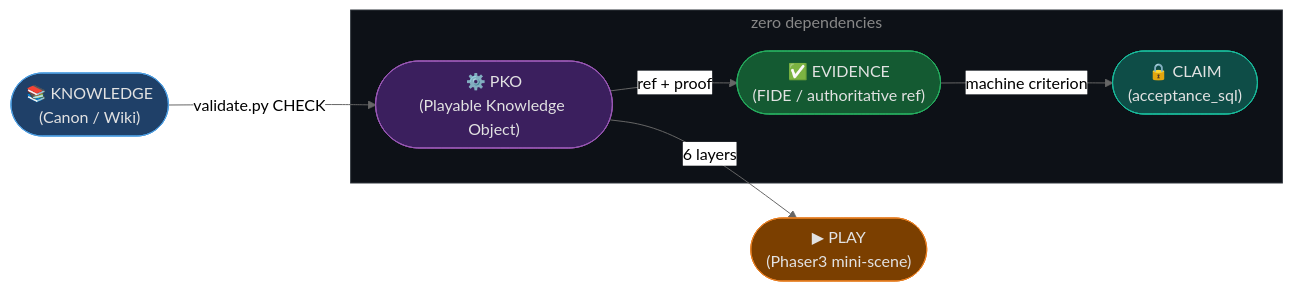
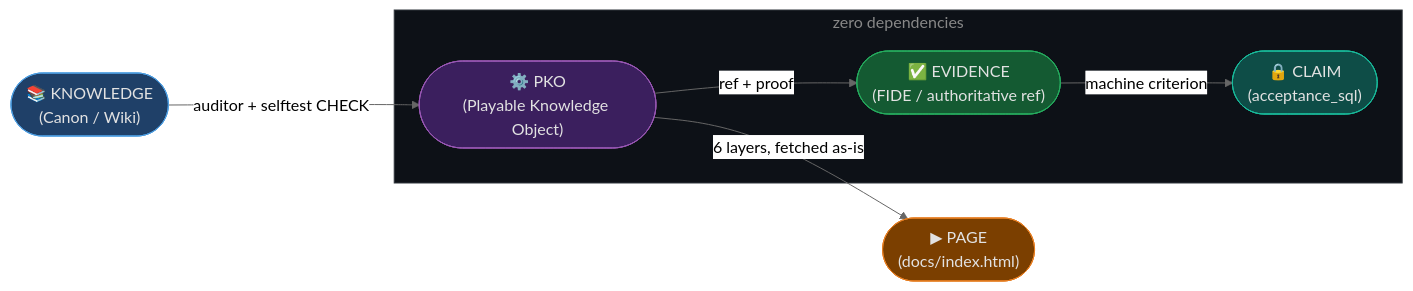
One commit to Igor-Zinin/axioma-xks-codex changed the diagram in README.md. Above: the diagram before and after it, drawn with Mermaid (neutral theme). The commit also changed other lines of this file and 9 other files, not shown here.

````diff
--- a/README.md
+++ b/README.md
@@ -9,26 +9,26 @@
 ```mermaid
 flowchart LR
     A(["📚 KNOWLEDGE\n(Canon / Wiki)"])
     B(["⚙️ PKO\n(Playable Knowledge Object)"])
-    C(["▶ PLAY\n(Phaser3 mini-scene)"])
+    C(["▶ PAGE\n(docs/index.html)"])
     D(["✅ EVIDENCE\n(FIDE / authoritative ref)"])
     E(["🔒 CLAIM\n(acceptance_sql)"])
 
-    A -->|"validate.py CHECK"| B
-    B -->|"6 layers"| C
+    A -->|"auditor + selftest CHECK"| B
+    B -->|"6 layers, fetched as-is"| C
     B -->|"ref + proof"| D
     D -->|"machine criterion"| E
 
     subgraph KERNEL ["zero dependencies"]
         B
         D
         E
     end
 
     style A fill:#1f4068,color:#e2e2e2,stroke:#4d9de0
     style B fill:#3b1f5e,color:#e2e2e2,stroke:#9b59b6
     style C fill:#7b3f00,color:#e2e2e2,stroke:#e67e22
     style D fill:#145a32,color:#e2e2e2,stroke:#27ae60
     style E fill:#0e4d47,color:#e2e2e2,stroke:#1abc9c
     style KERNEL fill:#0d1117,color:#888,stroke:#30363d
 ```
````
